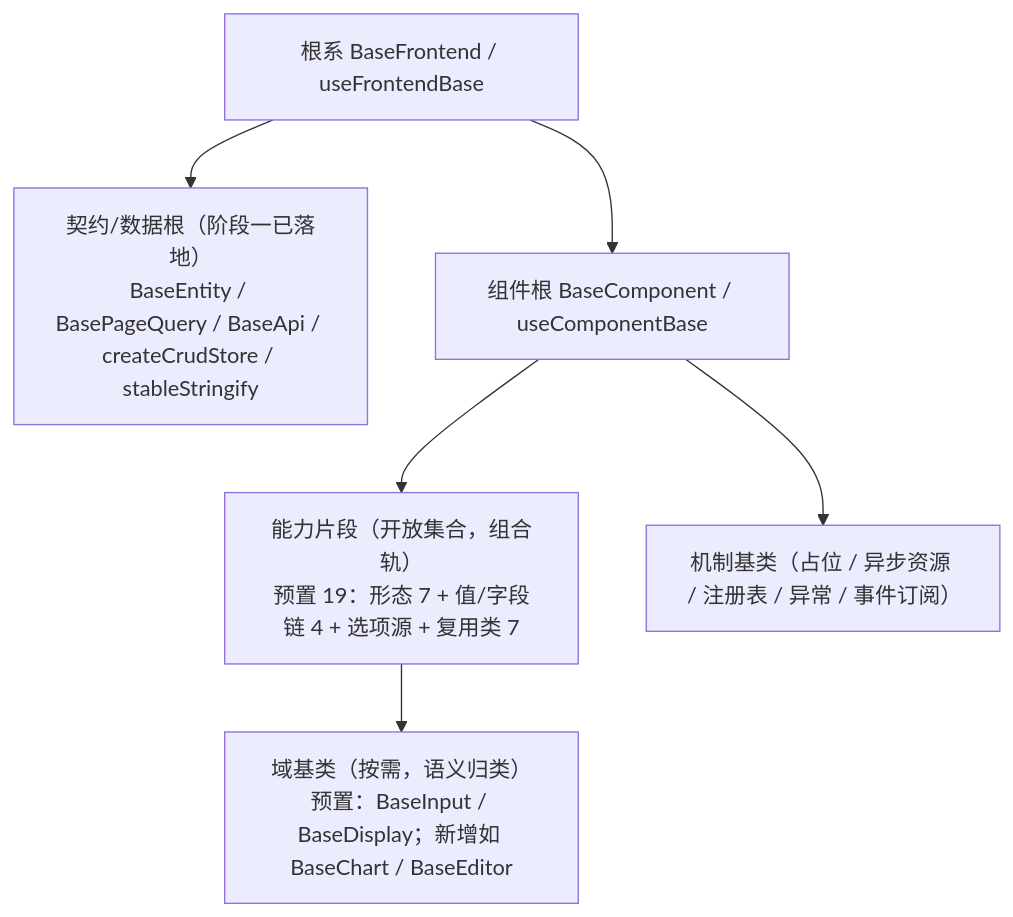
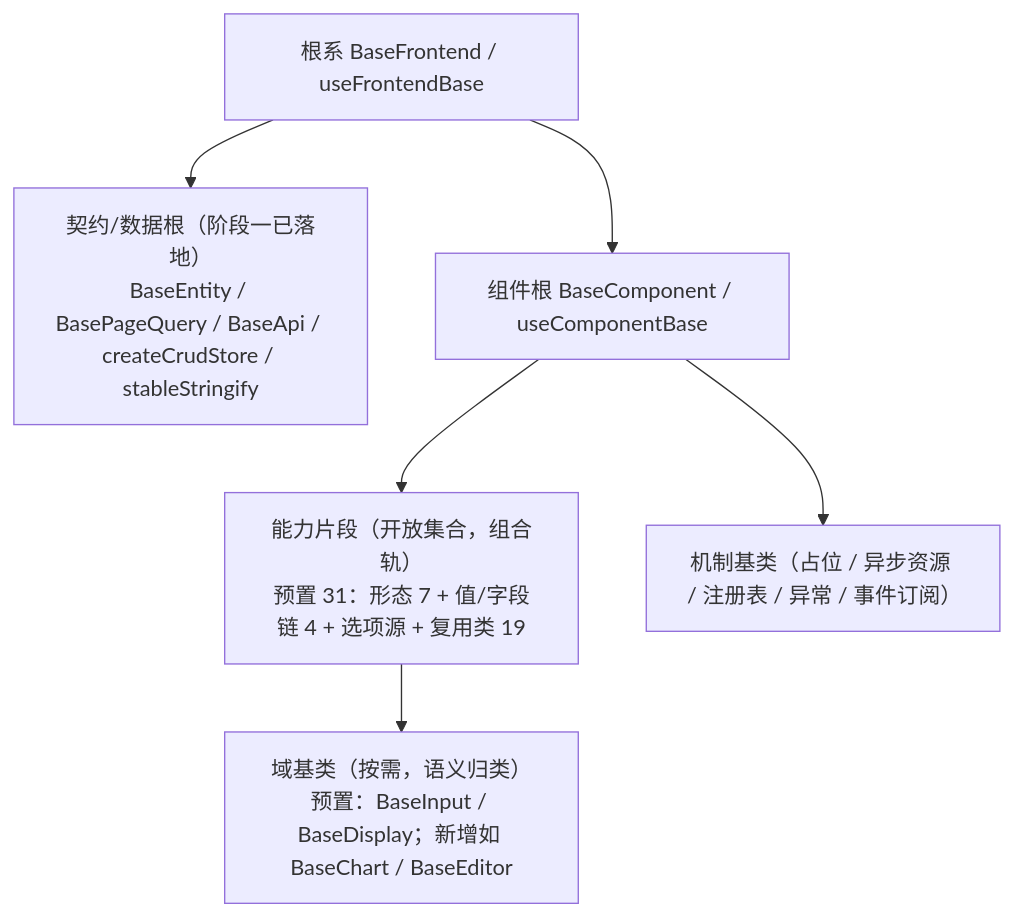
One commit to minjian123/basic-management-system changed the diagram in bms文档/项目/04_前端组件库/需求/01_需求_基础组件类.md. Above: the diagram before and after it, drawn with Mermaid. The commit also changed other lines of this file and 24 other files, not shown here.

````diff
--- a/bms文档/项目/04_前端组件库/需求/01_需求_基础组件类.md
+++ b/bms文档/项目/04_前端组件库/需求/01_需求_基础组件类.md
@@ -11,14 +11,14 @@
 ```mermaid
 flowchart TD
     ROOT["根系 BaseFrontend / useFrontendBase"]
     DATA["契约/数据根（阶段一已落地）<br/>BaseEntity / BasePageQuery / BaseApi / createCrudStore / stableStringify"]
     COMP["组件根 BaseComponent / useComponentBase"]
-    CAP["能力片段（开放集合，组合轨）<br/>预置 19：形态 7 + 值/字段链 4 + 选项源 + 复用类 7"]
+    CAP["能力片段（开放集合，组合轨）<br/>预置 31：形态 7 + 值/字段链 4 + 选项源 + 复用类 19"]
     DOM["域基类（按需，语义归类）<br/>预置：BaseInput / BaseDisplay；新增如 BaseChart / BaseEditor"]
     ROOT --> DATA
     ROOT --> COMP
     MECH["机制基类（占位 / 异步资源 / 注册表 / 异常 / 事件订阅）"]
     COMP --> MECH
     COMP --> CAP
     CAP --> DOM
 ```
````
